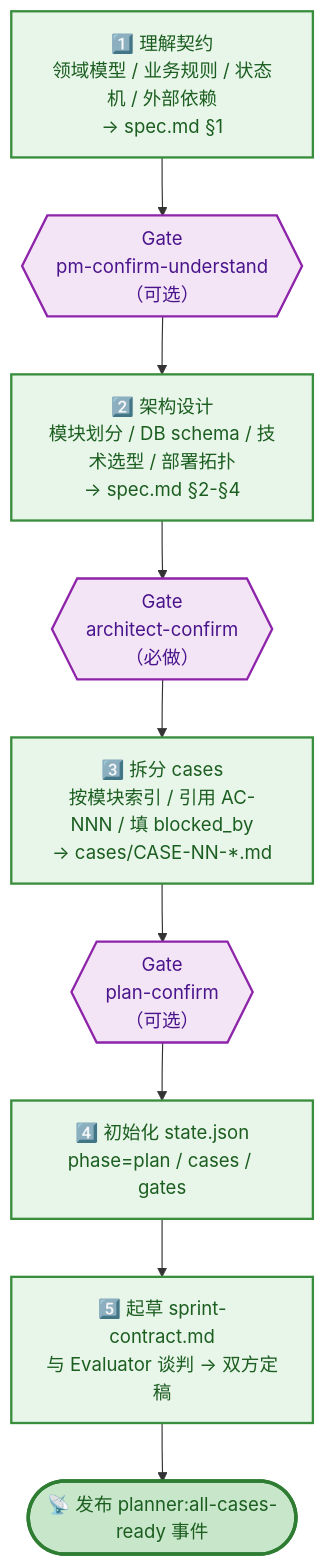
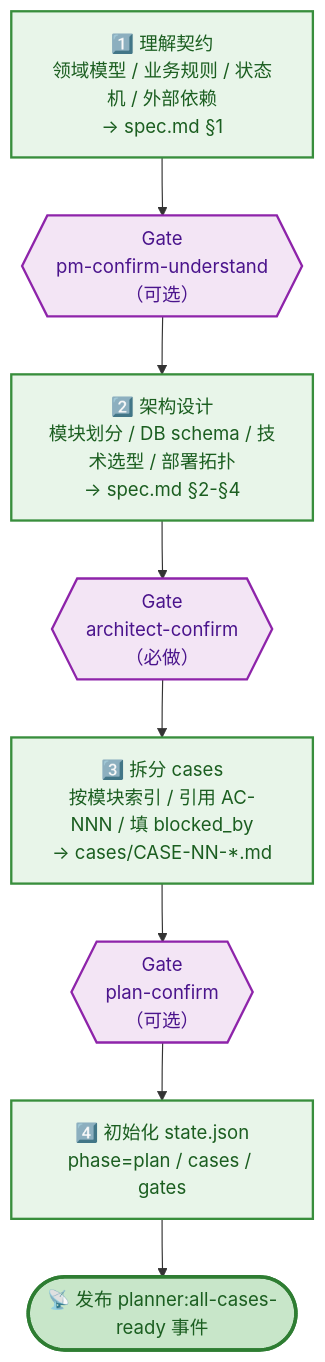
One commit to dd-xiaozhi/dev-agent-flow changed the ninth of 16 diagrams in README.md. Above: the diagram before and after it, drawn with Mermaid. The commit also changed other lines of this file and 12 other files, not shown here.

First line of the commit message:
refactor: 移除 sprint-contract 简化评估流程

````diff
--- a/README.md
+++ b/README.md
@@ -335,19 +334,18 @@
 ```mermaid
 flowchart TD
     S1["1️⃣ 理解契约<br/>领域模型 / 业务规则 / 状态机 / 外部依赖<br/>→ spec.md §1"] --> G1{{"Gate<br/>pm-confirm-understand<br/>（可选）"}}
     G1 --> S2["2️⃣ 架构设计<br/>模块划分 / DB schema / 技术选型 / 部署拓扑<br/>→ spec.md §2-§4"]
     S2 --> G2{{"Gate<br/>architect-confirm<br/>（必做）"}}
     G2 --> S3["3️⃣ 拆分 cases<br/>按模块索引 / 引用 AC-NNN / 填 blocked_by<br/>→ cases/CASE-NN-*.md"]
     S3 --> G3{{"Gate<br/>plan-confirm<br/>（可选）"}}
     G3 --> S4["4️⃣ 初始化 state.json<br/>phase=plan / cases / gates"]
-    S4 --> S5["5️⃣ 起草 sprint-contract.md<br/>与 Evaluator 谈判 → 双方定稿"]
-    S5 --> EV([📡 发布 planner:all-cases-ready 事件])
+    S4 --> EV([📡 发布 planner:all-cases-ready 事件])
 
     classDef step fill:#e8f5e9,stroke:#388e3c,stroke-width:2px,color:#1b5e20
     classDef gate fill:#f3e5f5,stroke:#8e24aa,stroke-width:2px,color:#4a148c
     classDef event fill:#c8e6c9,stroke:#2e7d32,stroke-width:3px,color:#1b5e20
 
     class S1,S2,S3,S4,S5 step
     class G1,G2,G3 gate
     class EV event
 ```
````
